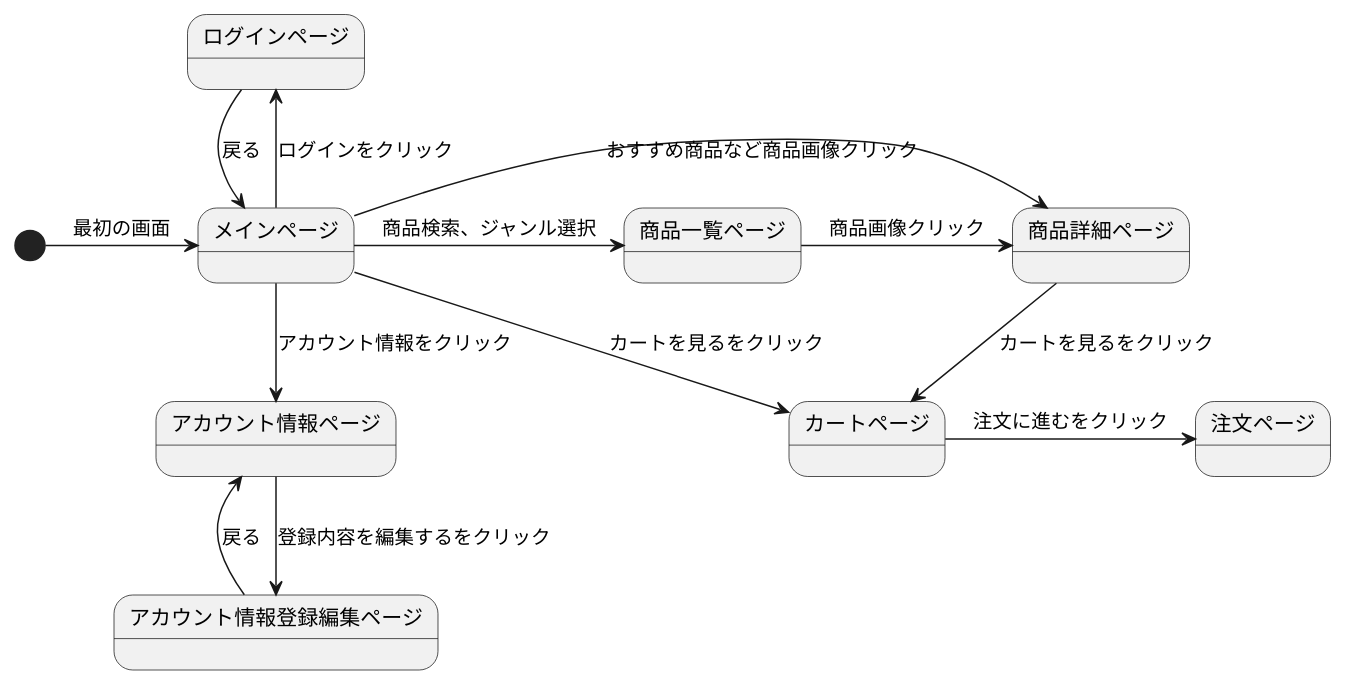
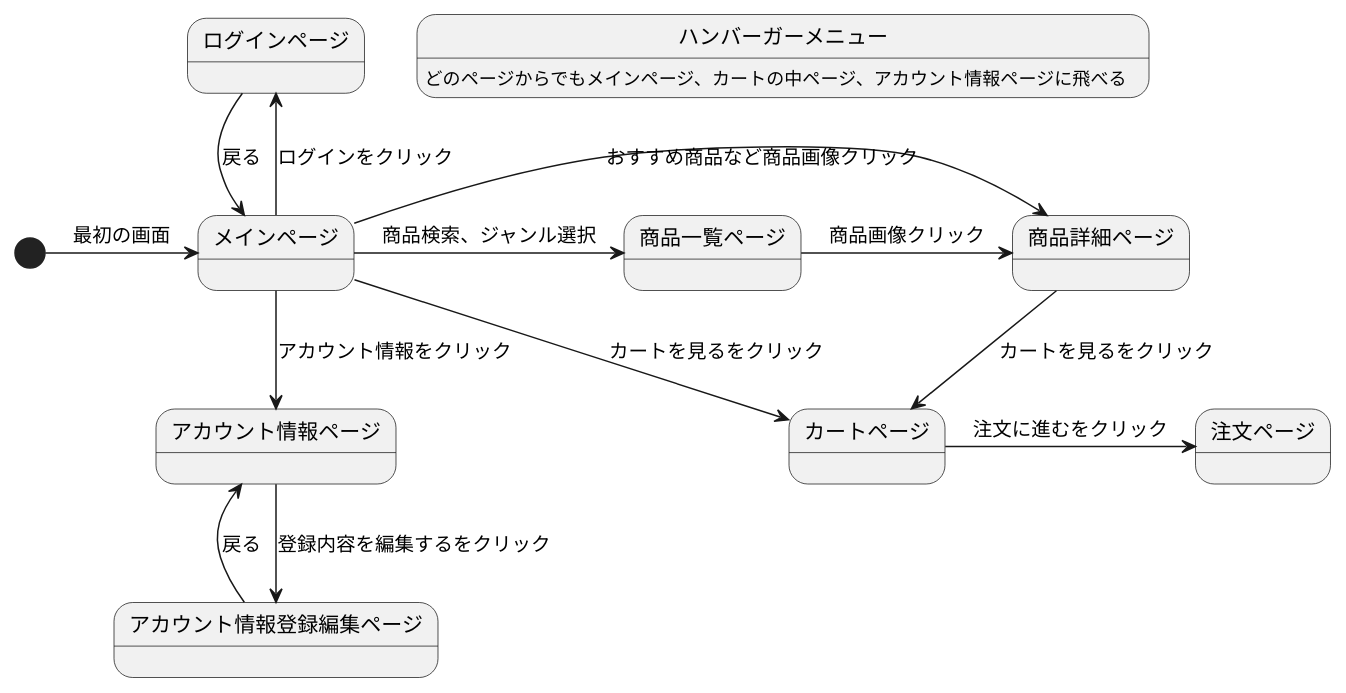
The diagram in orcashop/StateMachine.md (Aso2001385/2021sys-design), drawn with PlantUML before and after one commit.

````diff
--- a/orcashop/StateMachine.md
+++ b/orcashop/StateMachine.md
@@ -1,18 +1,20 @@
 ```uml
 @startuml
 
 [*] -> メインページ: 最初の画面
 メインページ -> 商品一覧ページ: 商品検索、ジャンル選択
 メインページ -> 商品詳細ページ: おすすめ商品など商品画像クリック
 商品一覧ページ -> 商品詳細ページ: 商品画像クリック
 商品詳細ページ -down-> カートページ: カートを見るをクリック
 カートページ -> 注文ページ: 注文に進むをクリック
 メインページ -down-> アカウント情報ページ: アカウント情報をクリック
 メインページ -> カートページ: カートを見るをクリック
 アカウント情報ページ -down-> アカウント情報登録編集ページ: 登録内容を編集するをクリック
 アカウント情報登録編集ページ -left-> アカウント情報ページ: 戻る
 メインページ -up-> ログインページ: ログインをクリック
 ログインページ -> メインページ: 戻る
 
+ハンバーガーメニュー:どのページからでもメインページ、カートの中ページ、アカウント情報ページに飛べる
+
 @enduml
 ```
````
